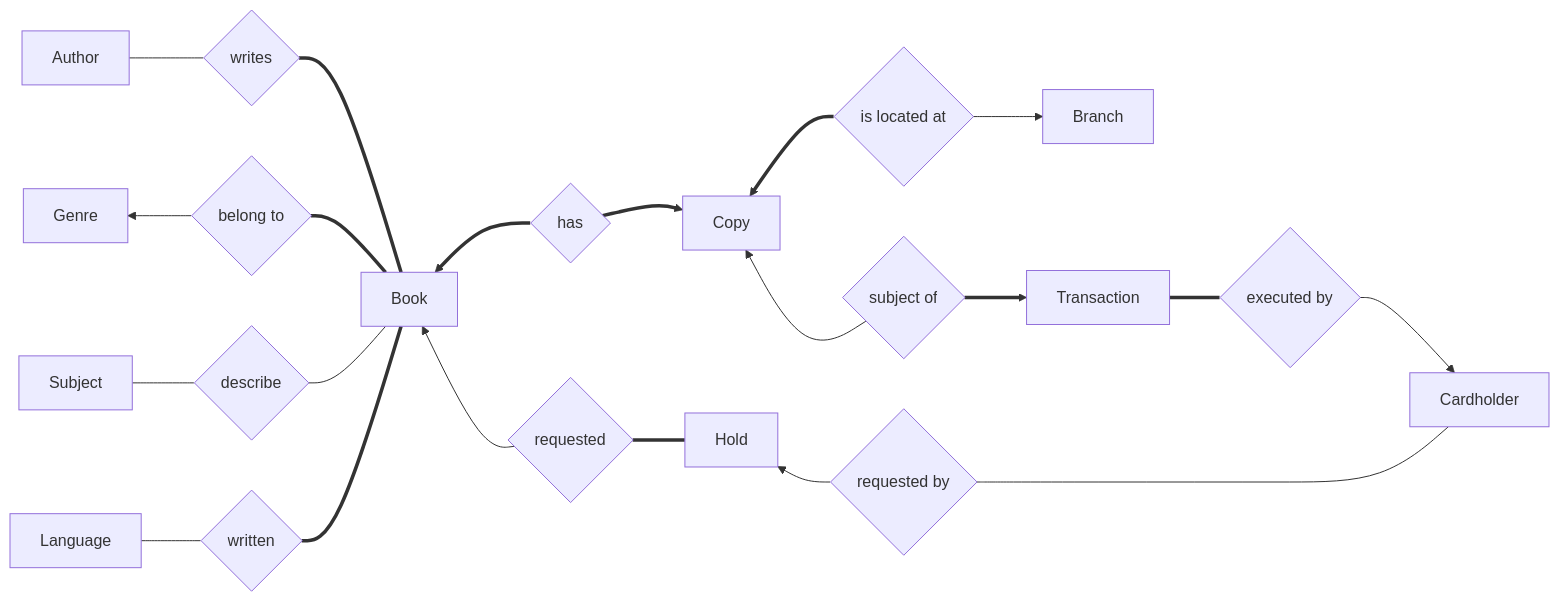
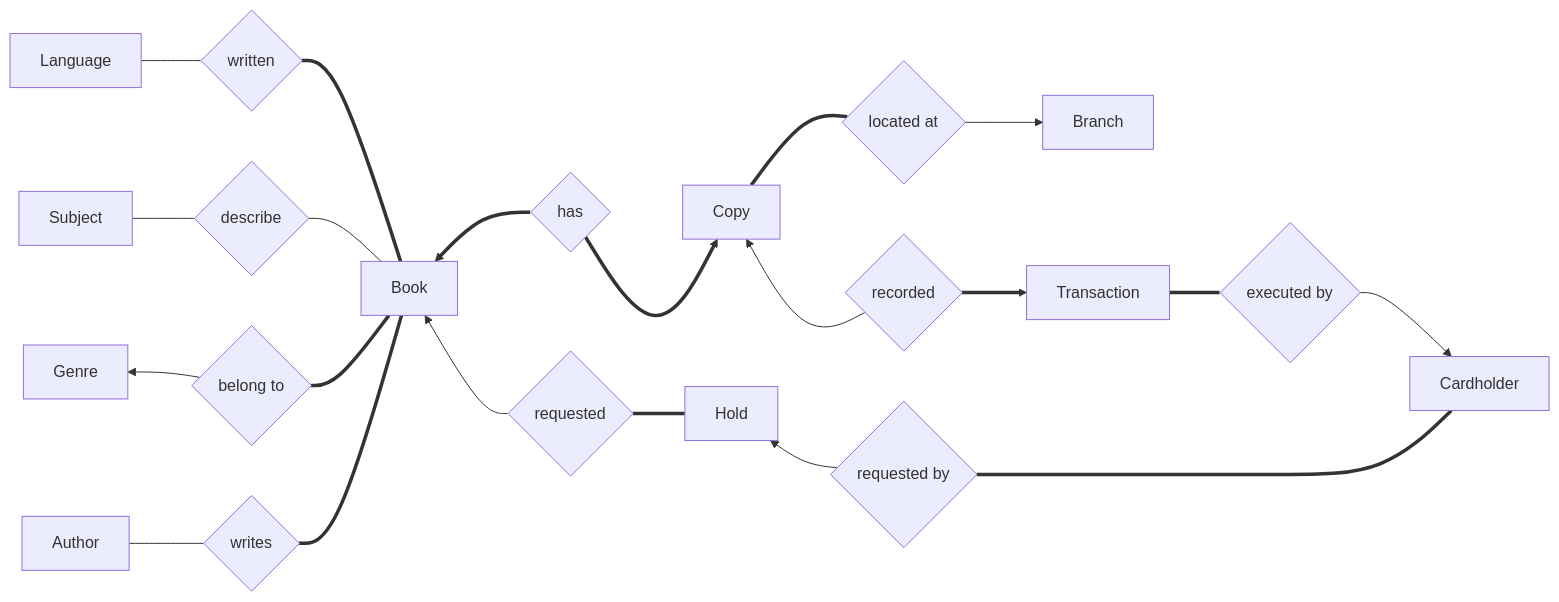
Before and after one commit to kelzzzz/CS425-ChiPub: the diagram in deliverable_1.md, drawn with Mermaid.

Commit message:
Add more comments.

````diff
--- a/deliverable_1.md
+++ b/deliverable_1.md
@@ -28,53 +28,57 @@
 ```mermaid
 graph LR
     %% an Author can write one or more Books
     %% every book is written by at least one Author
     A[Author] --- AB{writes}
     AB === B[Book]
     
     %% one Genre can contain one or more Books
     %% every Book belongs to one Genre
     G[Genre] ~~~ GB{belong to} --> G
     GB ~~~ G 
     GB === B
 
     %% a Subject can describe one or more Books
     %% a Book can be described by one or more Subjects
     S[Subject] --- SB{describe}
     SB --- B
 
     %% one or more Languages can be used to write a Book
     %% a Book must be written in at least one Language
     L[Language] --- LB{written}
     LB === B
 
     %% a book Book may have one or more Copy
     %% every Copy has exactly one Book
     B ~~~ BC{has} ==> B
     BC ~~~ B
     C[Copy] ~~~ BC ==> C
     BC ~~~ C
 
     %% a Book may be requested for one or more Hold
     %% every Hold must be requested for exactly one Book
     B ~~~ BH{requested} --> B
     BH ~~~ B
     BH === H[Hold]
     
-    C ~~~ CBr{is located at} ==> C
+    %% a Copy must be located at exactly one Branch
+    %% a Branch may have one or more Copy
+    C ~~~ CBr{located at} === C
     CBr ~~~ C
+    CBr --> Br[Branch]
 
-    C ~~~ CT{subject of} --> C
+    %% a Copy can be recorded in one or more Transactions
+    %% every Transaction must be recorded for exactly one Copy
+    C ~~~ CT{recorded} --> C
     CT ~~~ C
+    CT ==> T[Transaction]
 
+    %% a Hold must be requested by exactly one Cardholder
+    %% a Cardholder may request one or more Holds
     H ~~~ HCh{requested by} --> H
     HCh ~~~ H
+    HCh === Ch
 
-    CBr --> Br[Branch]
-
-    CT ==> T[Transaction]
     T === TCh{executed by}
-
     TCh --> Ch[Cardholder]
-    HCh --- Ch
 ```
````
